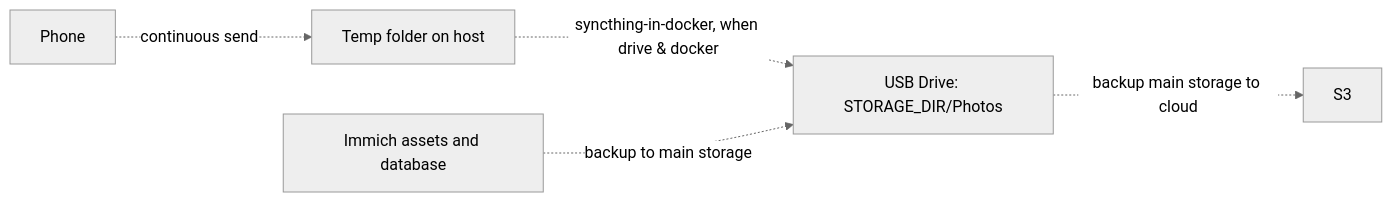
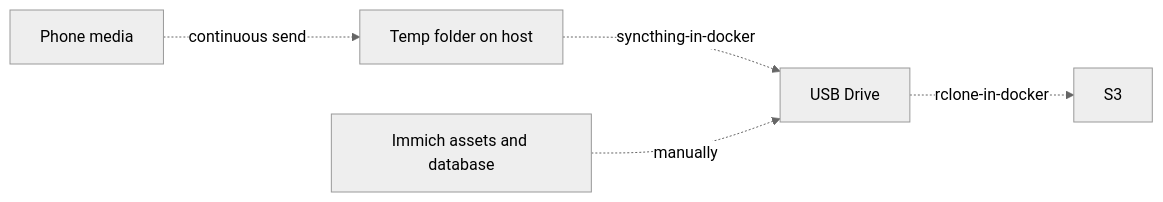
The diagram in README.md (funduck/photos), drawn with Mermaid (neutral theme) before and after one commit. The commit also changed other lines of this file, not shown here.

Commit message:
upd README

````diff
--- a/README.md
+++ b/README.md
@@ -29,7 +29,7 @@
 ```mermaid
 flowchart LR
-    P[Phone] -. continuous send .-> T[Temp folder on host]
-    T -. syncthing-in-docker, when drive & docker .-> S[USB Drive: STORAGE_DIR/Photos]
-    S -. backup main storage to cloud .-> B[S3]
-    I[Immich assets and database] -. backup to main storage .-> S
+    P[Phone media] -. continuous send .-> T[Temp folder on host]
+    T -. syncthing-in-docker .-> S[USB Drive]
+    S -. rclone-in-docker .-> B[S3]
+    I[Immich assets and database] -. manually .-> S
 ```
````
